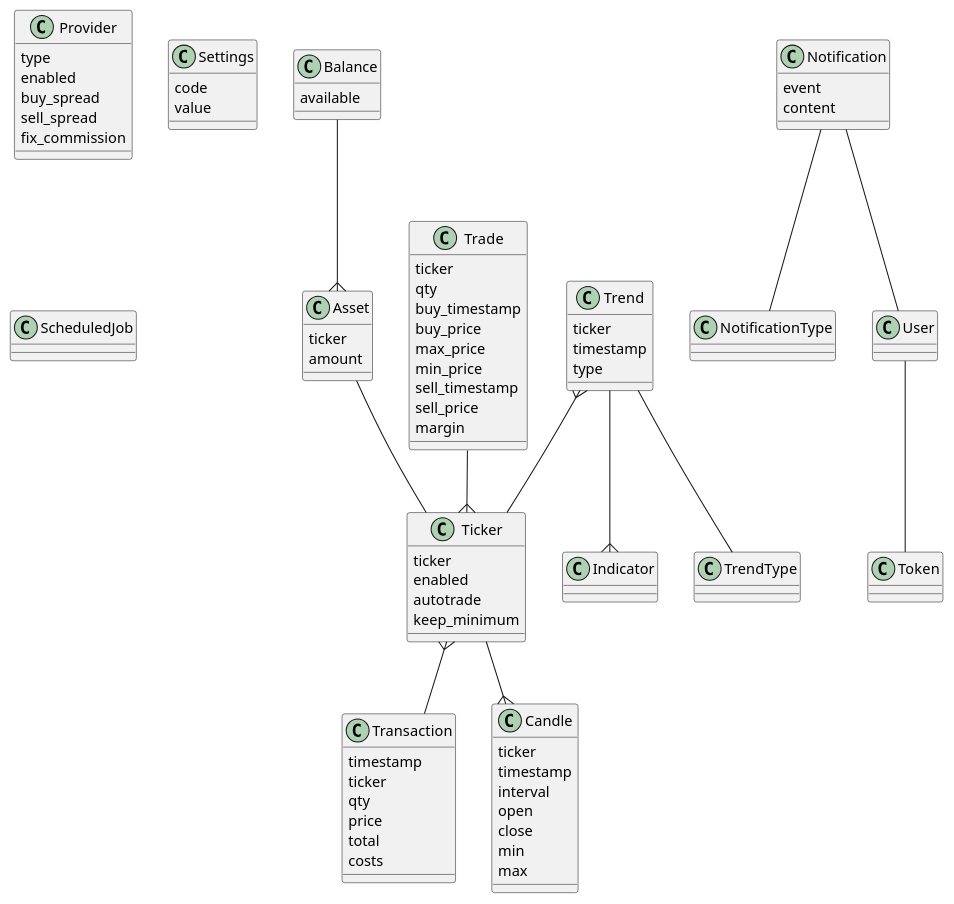
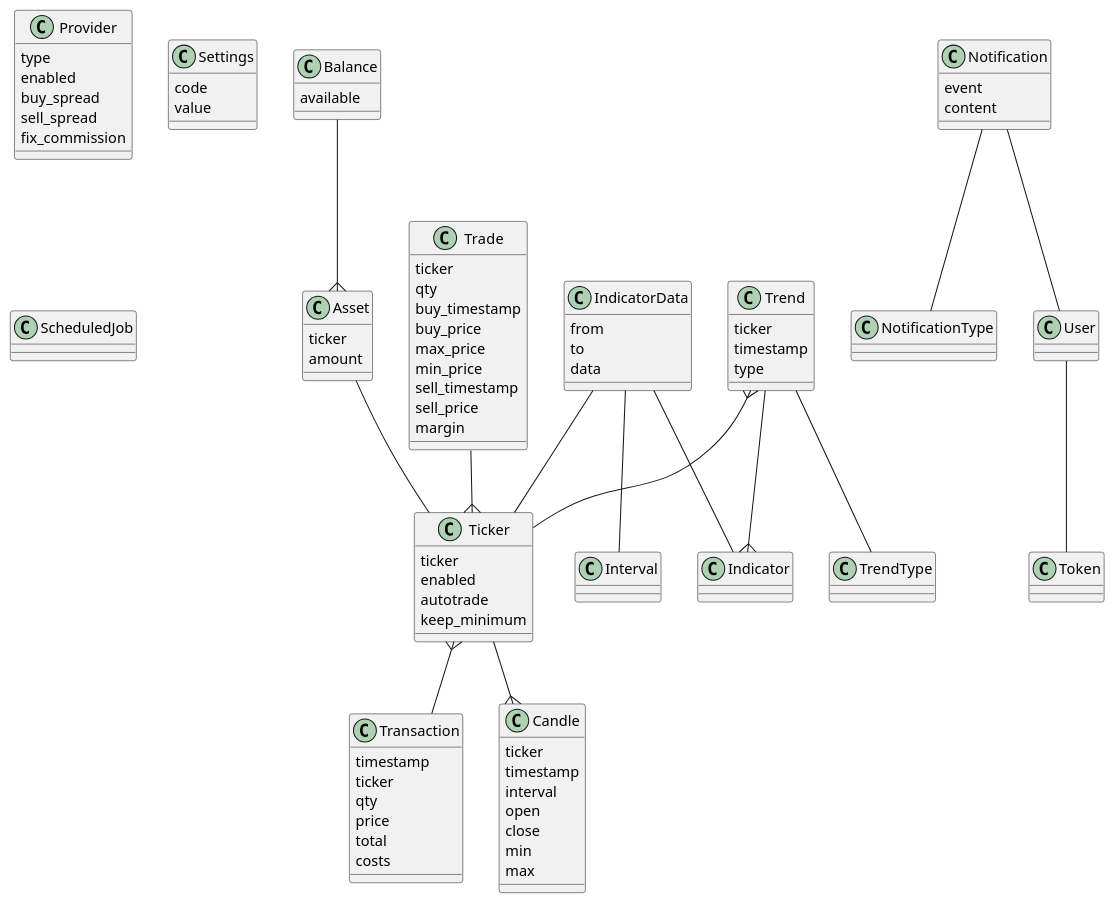
The diagram in docs/model.plantuml (mastershadow/wows), drawn with PlantUML before and after one commit.

```diff
--- a/docs/model.plantuml
+++ b/docs/model.plantuml
@@ -1,109 +1,119 @@
 @startuml model
 class Balance {
   available
 }
 
 class Asset {
   ticker
   amount
 }
 
 Balance --{ Asset
 Asset -- Ticker
 
 class Trade {
   ticker
   qty
   buy_timestamp
   buy_price
   max_price
   min_price
   sell_timestamp
   sell_price
   margin
 
 }
 
 class Transaction {
   timestamp
   ticker
   qty
   price
   total
   costs
 }
 
 class Ticker {
   ticker
   enabled
   autotrade
   keep_minimum
 }
 
 class Candle {
   ticker
   timestamp
   interval
   open
   close
   min
   max
 }
 
 Ticker --{ Candle
 Ticker }-- Transaction
 Trade --{ Ticker
 Trend }-- Ticker
 
 class Provider {
   type
   enabled
   buy_spread
   sell_spread
   fix_commission
 }
 
 class Trend {
   ticker
   timestamp
   type
 }
 
 class Indicator {
 
 }
 
 class TrendType {
 }
 
 Trend -- TrendType
 Trend --{ Indicator
 
 class Settings {
   code
   value
 }
 
 class Notification {
   event
   content
 }
 
 class NotificationType
 
 Notification -- NotificationType
 
 class ScheduledJob {
 }
 
 class User {
 
 }
 
 class Token {
 
 }
 
+class IndicatorData {
+  from
+  to
+  data
+}
+
 User -- Token
 Notification -- User
+
+IndicatorData -- Indicator
+IndicatorData -- Ticker
+IndicatorData -- Interval
 @enduml
```
